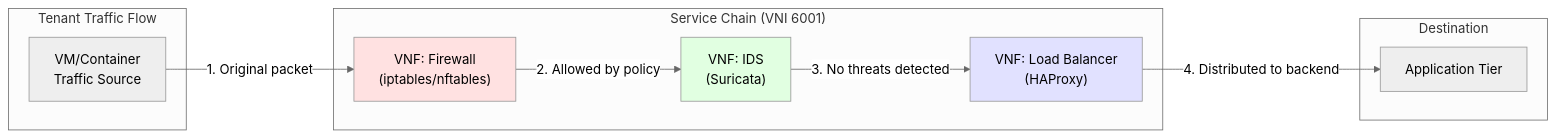
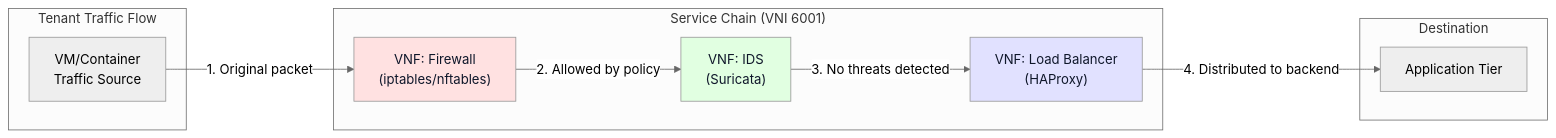
The third of 8 diagrams in topics/computing/infrastructure/hyperconverged_infrastructure/lesson_04_network_virtualization.md (blebleblee/synapse), drawn with Mermaid (neutral theme) before and after one commit. The commit also changed other lines of this file and 1464 other files, not shown here.

Commit message:
feat(release): curriculum vector mermaid upgrade, render hardening, and master synpack

````diff
--- a/topics/computing/infrastructure/hyperconverged_infrastructure/lesson_04_network_virtualization.md
+++ b/topics/computing/infrastructure/hyperconverged_infrastructure/lesson_04_network_virtualization.md
@@ -208,25 +208,25 @@
 ```mermaid
 graph LR
     subgraph sub_tenant_traffic_flow ["Tenant Traffic Flow"]
         T1["VM/Container<br/>Traffic Source"]
     end
     
     subgraph sub_service_chain__vni_6001 ["Service Chain (VNI 6001)"]
         S1["VNF: Firewall<br/>(iptables/nftables)"]
         S2["VNF: IDS<br/>(Suricata)"]
         S3["VNF: Load Balancer<br/>(HAProxy)"]
     end
     
     subgraph sub_destination ["Destination"]
         T2["Application Tier"]
     end
     
     T1 -->|"1. Original packet"| S1
     S1 -->|"2. Allowed by policy"| S2
     S2 -->|"3. No threats detected"| S3
     S3 -->|"4. Distributed to backend"| T2
     
-    style S1 fill:#ffe1e1
-    style S2 fill:#e1ffe1
-    style S3 fill:#e1e1ff
+    style S1 fill:#ffe1e1,color:#0f172a
+    style S2 fill:#e1ffe1,color:#0f172a
+    style S3 fill:#e1e1ff,color:#0f172a
 ```
````
